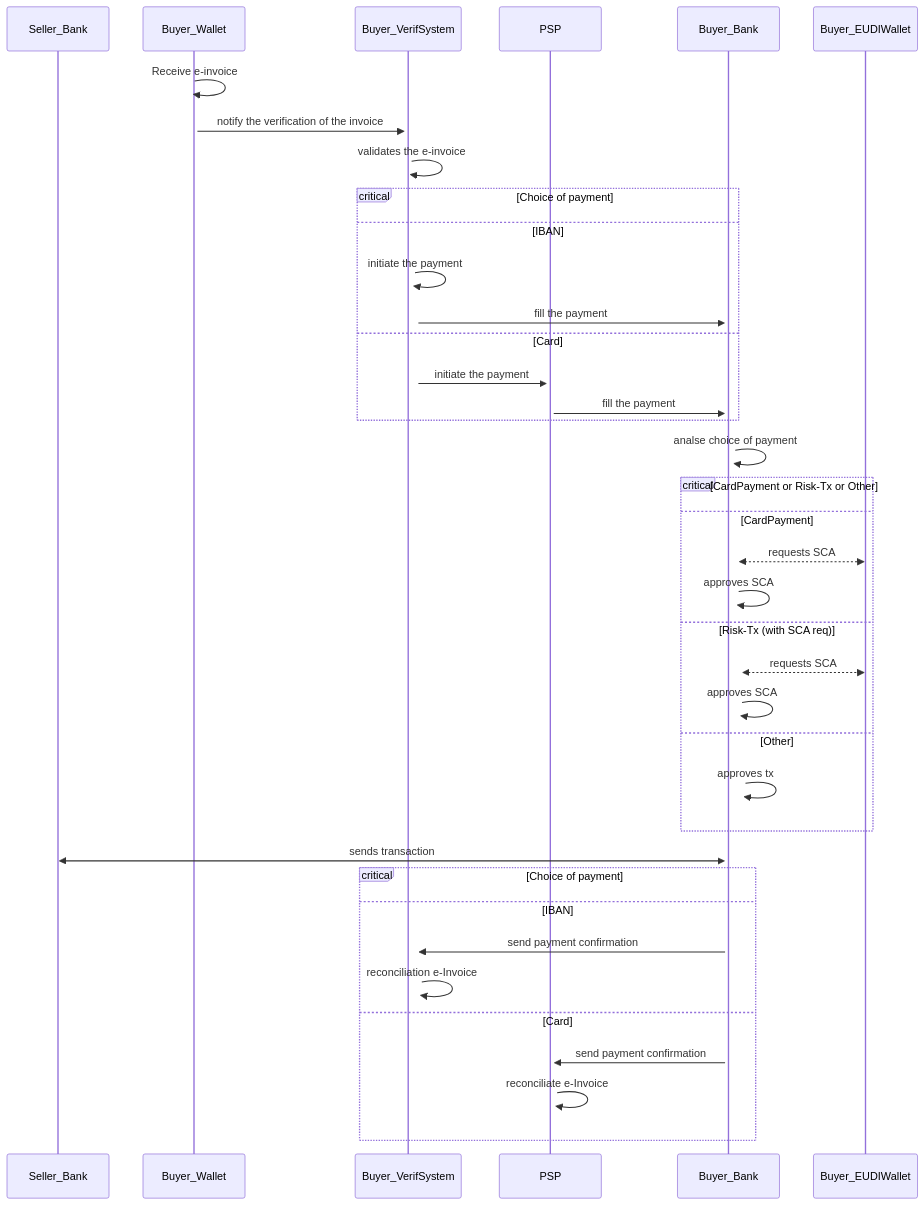
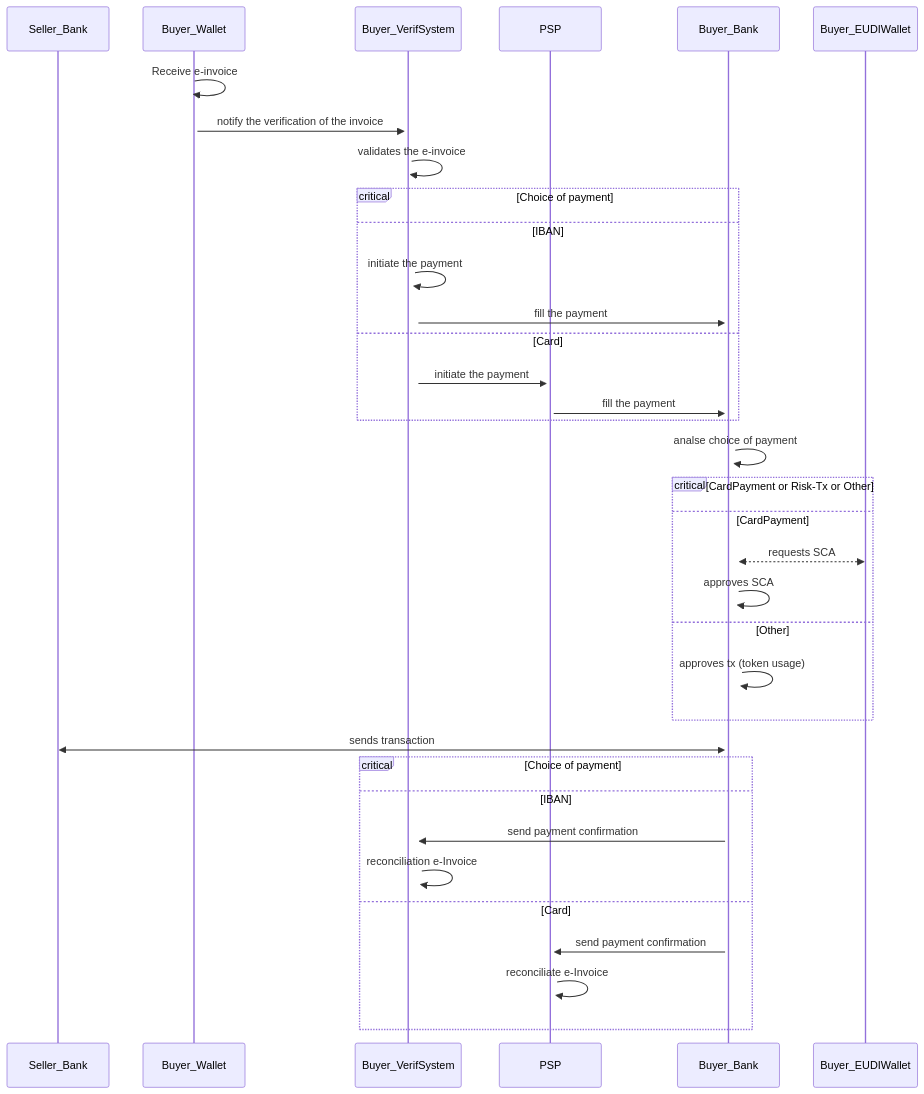
Before and after one commit to flo0x/wp3-technology-standards: the diagram in PA4/PA4_Payment_Flow.mmd, drawn with Mermaid.

Commit message:
PA3 changes

```diff
--- a/PA4/PA4_Payment_Flow.mmd
+++ b/PA4/PA4_Payment_Flow.mmd
@@ -1,45 +1,42 @@
 sequenceDiagram
     participant Seller_Bank
     participant Buyer_Wallet
     participant Buyer_VerifSystem
     participant PSP
     participant Buyer_Bank
     participant Buyer_EUDIWallet
 
 
     Buyer_Wallet->>+Buyer_Wallet:Receive e-invoice
     Buyer_Wallet->>+ Buyer_VerifSystem : notify the verification of the invoice
     Buyer_VerifSystem->>+Buyer_VerifSystem: validates the e-invoice    
     
     critical Choice of payment
     option IBAN
         Buyer_VerifSystem->>+Buyer_VerifSystem: initiate the payment 
         Buyer_VerifSystem->>+Buyer_Bank: fill the payment 
     option Card
         Buyer_VerifSystem->>+PSP: initiate the payment 
         PSP ->>+Buyer_Bank : fill the payment  
     end
     
     Buyer_Bank->>+Buyer_Bank: analse choice of payment
 
     critical CardPayment or Risk-Tx or Other
     option CardPayment 
         Buyer_Bank<<-->>Buyer_EUDIWallet: requests SCA
         Buyer_Bank->>+Buyer_Bank: approves SCA 
-    option Risk-Tx (with SCA req)
-        Buyer_Bank<<-->>Buyer_EUDIWallet: requests SCA
-        Buyer_Bank->>+Buyer_Bank: approves SCA
     option Other
-        Buyer_Bank->>+Buyer_Bank: approves tx
+        Buyer_Bank->>+Buyer_Bank: approves tx (token usage)
     end 
     
     Buyer_Bank<<->>Seller_Bank: sends transaction 
 
     critical Choice of payment
     option IBAN
         Buyer_Bank->>+Buyer_VerifSystem : send payment confirmation
         Buyer_VerifSystem->>+Buyer_VerifSystem: reconciliation e-Invoice
     option Card
         Buyer_Bank->>+PSP : send payment confirmation
         PSP->>+PSP :reconciliate e-Invoice
     end
```
